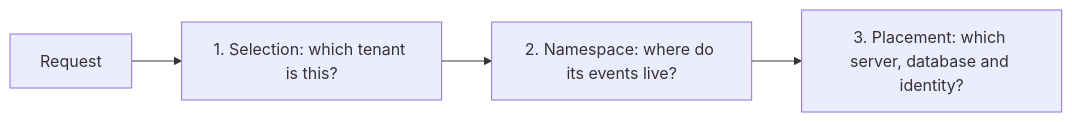
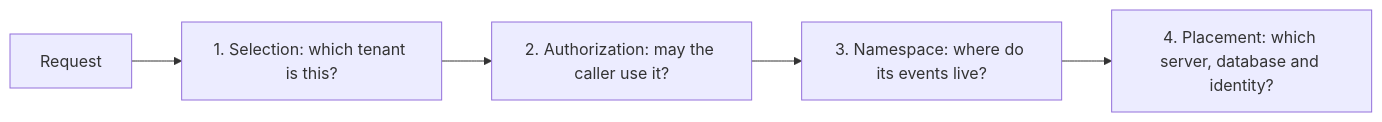
Before and after one commit to Cratis/Chronicle: the diagram in Documentation/tenancy/index.md, drawn with Mermaid. The commit also changed other lines of this file and 404 other files, not shown here.

````diff
--- a/Documentation/tenancy/index.md
+++ b/Documentation/tenancy/index.md
@@ -9,6 +11,7 @@
 ```mermaid
 flowchart LR
     Request --> Selection["1. Selection: which tenant is this?"]
-    Selection --> Namespace["2. Namespace: where do its events live?"]
-    Namespace --> Placement["3. Placement: which server, database and identity?"]
+    Selection --> Authorization["2. Authorization: may the caller use it?"]
+    Authorization --> Namespace["3. Namespace: where do its events live?"]
+    Namespace --> Placement["4. Placement: which server, database and identity?"]
 ```
````
